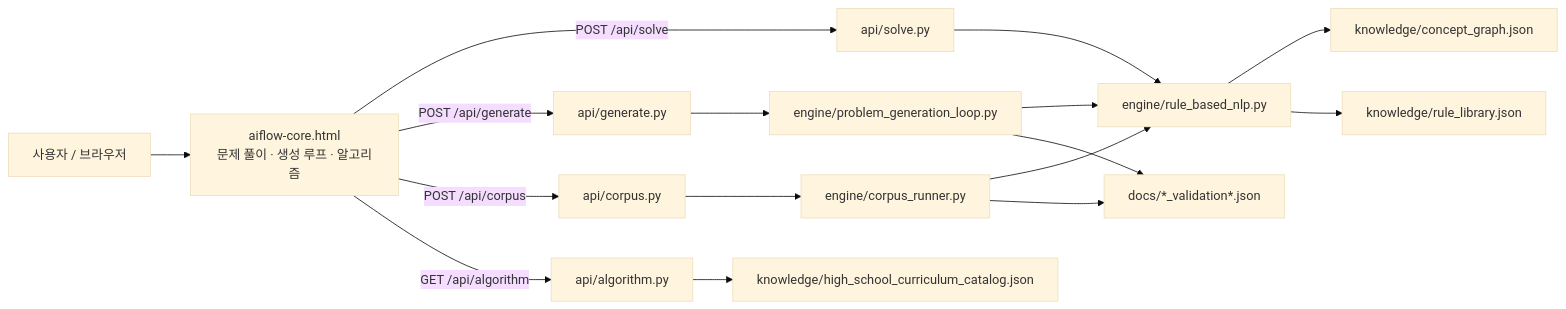
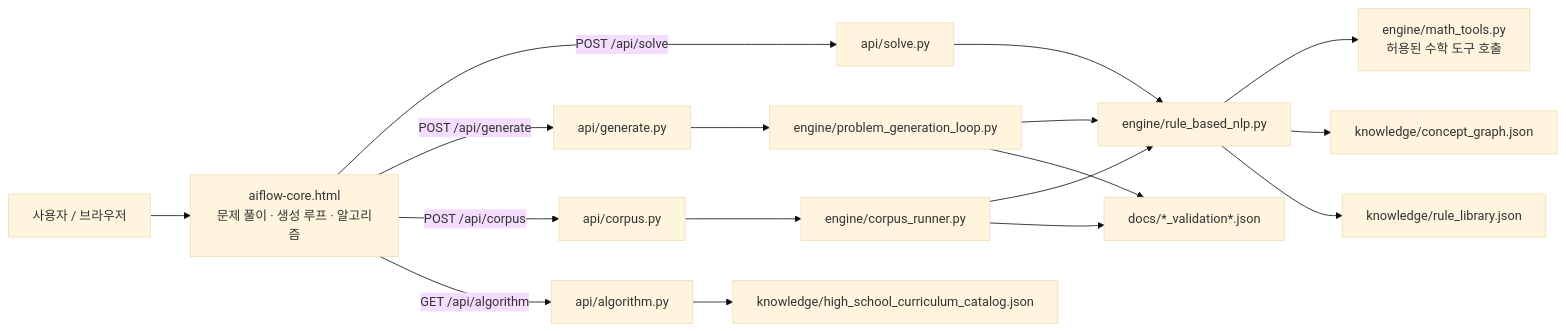
The diagram in docs/AIFlow-Core-Obsidian-Vault/10 Architecture/System Map.md (kuseumkkrkkr/AIFlow-Core), drawn with Mermaid (base theme) before and after one commit. The commit also changed 15 other files, not shown here.

Commit message:
replace exam-specific rule with reusable math tools

````diff
--- a/docs/AIFlow-Core-Obsidian-Vault/10 Architecture/System Map.md
+++ b/docs/AIFlow-Core-Obsidian-Vault/10 Architecture/System Map.md
@@ -14,21 +14,22 @@
 ```mermaid
 flowchart LR
     U[사용자 / 브라우저] --> UI[aiflow-core.html<br/>문제 풀이 · 생성 루프 · 알고리즘]
     UI -->|POST /api/solve| SOLVE[api/solve.py]
     UI -->|POST /api/generate| GENAPI[api/generate.py]
     UI -->|POST /api/corpus| CORPUSAPI[api/corpus.py]
     UI -->|GET /api/algorithm| ALGAPI[api/algorithm.py]
 
     SOLVE --> NLP[engine/rule_based_nlp.py]
     GENAPI --> GEN[engine/problem_generation_loop.py]
     CORPUSAPI --> RUNNER[engine/corpus_runner.py]
     RUNNER --> NLP
     GEN --> NLP
 
+    NLP --> TOOLS[engine/math_tools.py<br/>허용된 수학 도구 호출]
     NLP --> GRAPH[knowledge/concept_graph.json]
     NLP --> RULES[knowledge/rule_library.json]
     ALGAPI --> CATALOG[knowledge/high_school_curriculum_catalog.json]
 
     GEN --> REPORT[docs/*_validation*.json]
     RUNNER --> REPORT
 ```
````
